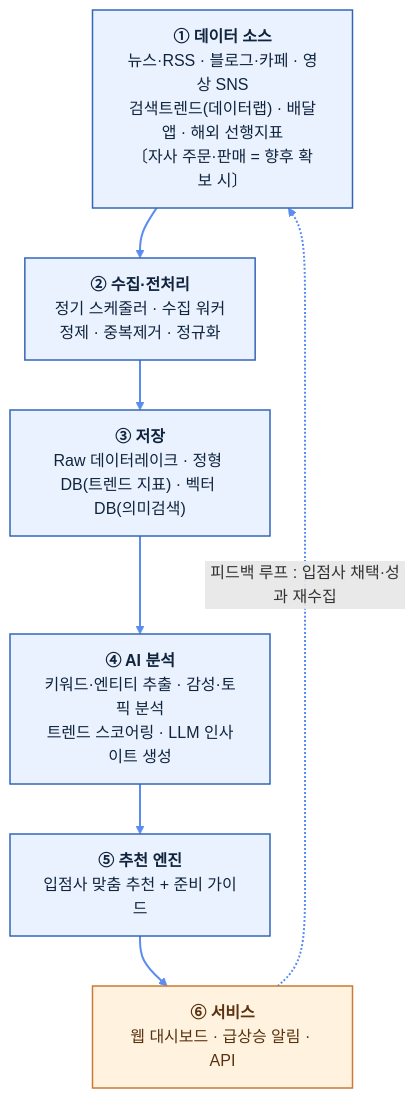
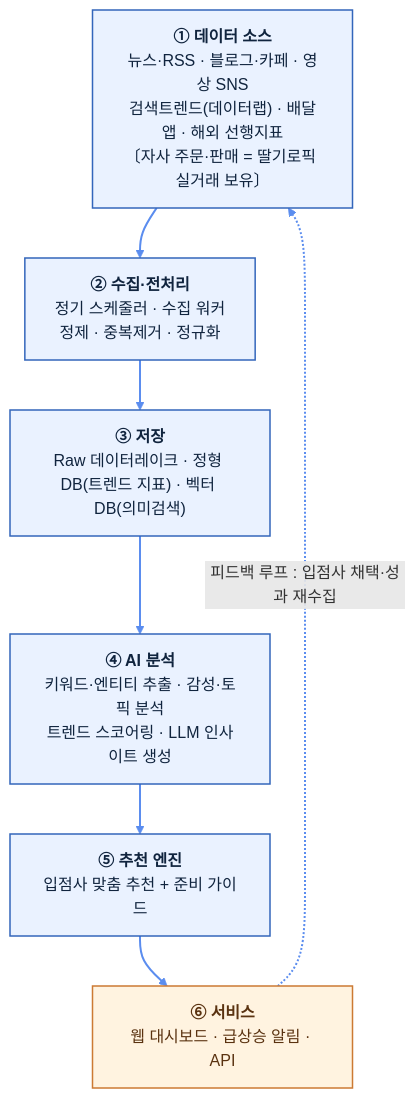
The diagram in docs/02_트렌드분석추천시스템_기획.md (hsw4606/ddagiro-tips-task), drawn with Mermaid before and after one commit. The commit also changed other lines of this file and 6 other files, not shown here.

````diff
--- a/docs/02_트렌드분석추천시스템_기획.md
+++ b/docs/02_트렌드분석추천시스템_기획.md
@@ -34,18 +34,18 @@
 ```mermaid
 flowchart TB
-    SRC["<b>① 데이터 소스</b><br/>뉴스·RSS · 블로그·카페 · 영상 SNS<br/>검색트렌드(데이터랩) · 배달앱 · 해외 선행지표<br/>〔자사 주문·판매 = 향후 확보 시〕"]
+    SRC["<b>① 데이터 소스</b><br/>뉴스·RSS · 블로그·카페 · 영상 SNS<br/>검색트렌드(데이터랩) · 배달앱 · 해외 선행지표<br/>〔자사 주문·판매 = 딸기로픽 실거래 보유〕"]
     ING["<b>② 수집·전처리</b><br/>정기 스케줄러 · 수집 워커<br/>정제 · 중복제거 · 정규화"]
     STORE["<b>③ 저장</b><br/>Raw 데이터레이크 · 정형 DB(트렌드 지표) · 벡터 DB(의미검색)"]
     AI["<b>④ AI 분석</b><br/>키워드·엔티티 추출 · 감성·토픽 분석<br/>트렌드 스코어링 · LLM 인사이트 생성"]
     REC["<b>⑤ 추천 엔진</b><br/>입점사 맞춤 추천 + 준비 가이드"]
     OUT["<b>⑥ 서비스</b><br/>웹 대시보드 · 급상승 알림 · API"]
 
     SRC ==> ING ==> STORE ==> AI ==> REC ==> OUT
     OUT -. "피드백 루프 : 입점사 채택·성과 재수집" .-> SRC
 
     classDef stage fill:#eaf2ff,stroke:#3366bb,stroke-width:1.5px,color:#10243e;
     classDef out fill:#fff3e0,stroke:#cc7a33,stroke-width:1.5px,color:#5a3210;
     class SRC,ING,STORE,AI,REC stage;
     class OUT out;
     linkStyle default stroke:#5b8def,stroke-width:2px;
 ```
````
